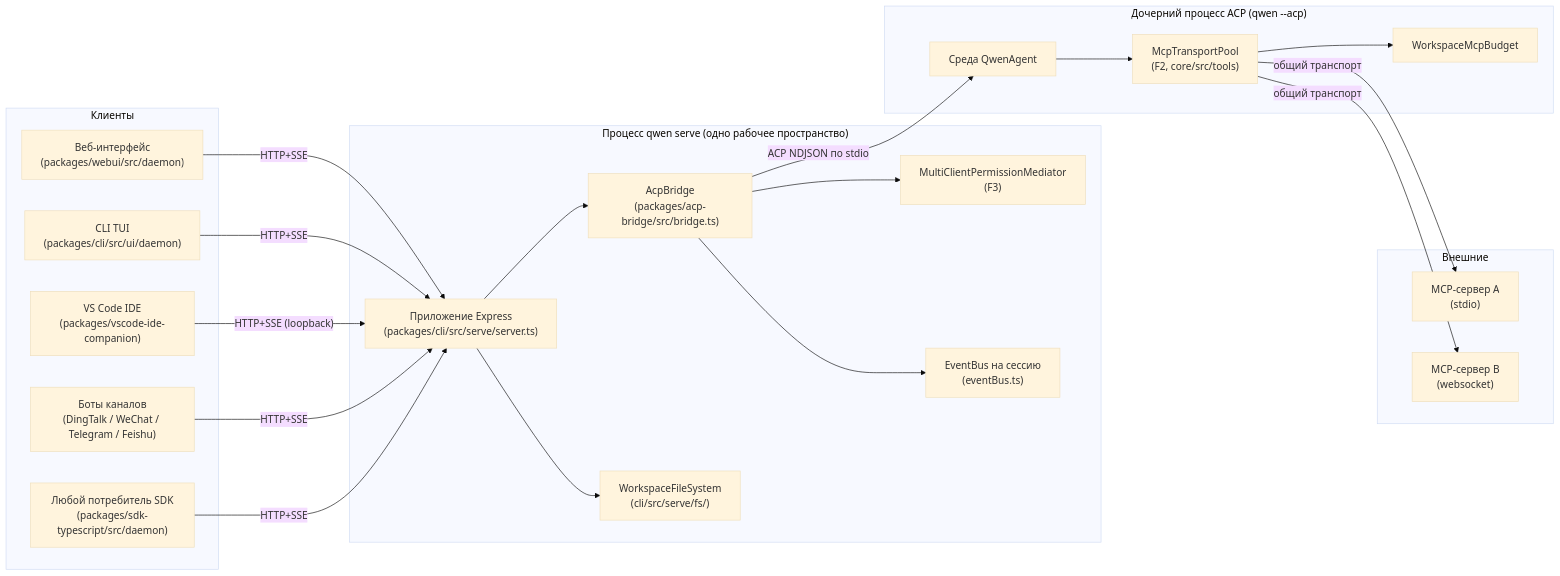
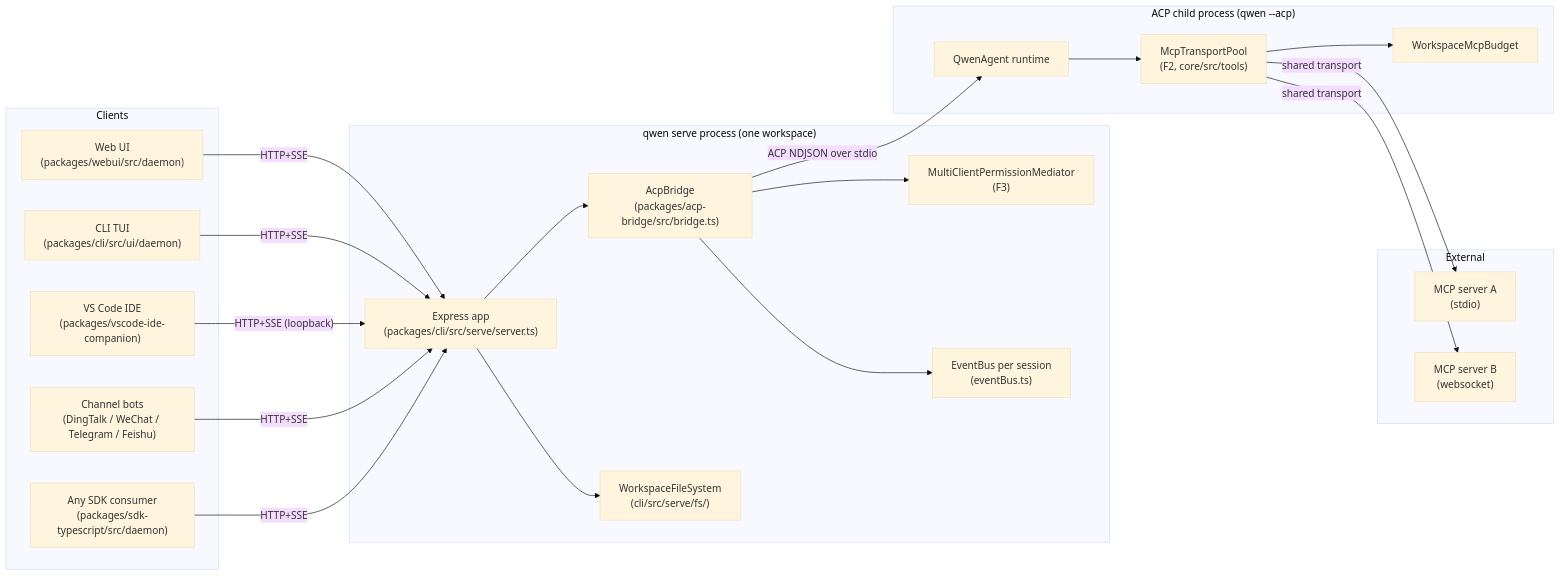
Before and after one commit to QwenLM/qwen-code-docs: the first of 7 diagrams in website/content/ru/developers/daemon/01-architecture.md, drawn with Mermaid (base theme). The commit also changed other lines of this file and 1077 other files, not shown here.

````diff
--- a/website/content/ru/developers/daemon/01-architecture.md
+++ b/website/content/ru/developers/daemon/01-architecture.md
@@ -13,46 +13,46 @@
 ```mermaid
 flowchart LR
-    subgraph clients["Клиенты"]
-        WUI["Веб-интерфейс<br/>(packages/webui/src/daemon)"]
+    subgraph clients["Clients"]
+        WUI["Web UI<br/>(packages/webui/src/daemon)"]
         TUI["CLI TUI<br/>(packages/cli/src/ui/daemon)"]
         IDE["VS Code IDE<br/>(packages/vscode-ide-companion)"]
-        CH["Боты каналов<br/>(DingTalk / WeChat / Telegram / Feishu)"]
-        SDK["Любой потребитель SDK<br/>(packages/sdk-typescript/src/daemon)"]
+        CH["Channel bots<br/>(DingTalk / WeChat / Telegram / Feishu)"]
+        SDK["Any SDK consumer<br/>(packages/sdk-typescript/src/daemon)"]
     end
 
-    subgraph daemon["Процесс qwen serve (одно рабочее пространство)"]
-        EXP["Приложение Express<br/>(packages/cli/src/serve/server.ts)"]
+    subgraph daemon["qwen serve process (one workspace)"]
+        EXP["Express app<br/>(packages/cli/src/serve/server.ts)"]
         BR["AcpBridge<br/>(packages/acp-bridge/src/bridge.ts)"]
         MED["MultiClientPermissionMediator<br/>(F3)"]
-        EB["EventBus на сессию<br/>(eventBus.ts)"]
+        EB["EventBus per session<br/>(eventBus.ts)"]
         FS["WorkspaceFileSystem<br/>(cli/src/serve/fs/)"]
     end
 
-    subgraph child["Дочерний процесс ACP (qwen --acp)"]
-        AGT["Среда QwenAgent"]
+    subgraph child["ACP child process (qwen --acp)"]
+        AGT["QwenAgent runtime"]
         POOL["McpTransportPool<br/>(F2, core/src/tools)"]
         BDG["WorkspaceMcpBudget"]
     end
 
-    subgraph external["Внешние"]
-        MCP1["MCP-сервер A<br/>(stdio)"]
-        MCP2["MCP-сервер B<br/>(websocket)"]
+    subgraph external["External"]
+        MCP1["MCP server A<br/>(stdio)"]
+        MCP2["MCP server B<br/>(websocket)"]
     end
 
     WUI -- "HTTP+SSE" --> EXP
     TUI -- "HTTP+SSE" --> EXP
     IDE -- "HTTP+SSE (loopback)" --> EXP
     CH -- "HTTP+SSE" --> EXP
     SDK -- "HTTP+SSE" --> EXP
 
     EXP --> BR
     BR --> MED
     BR --> EB
     EXP --> FS
 
-    BR -- "ACP NDJSON по stdio" --> AGT
+    BR -- "ACP NDJSON over stdio" --> AGT
     AGT --> POOL
     POOL --> BDG
-    POOL -- "общий транспорт" --> MCP1
-    POOL -- "общий транспорт" --> MCP2
+    POOL -- "shared transport" --> MCP1
+    POOL -- "shared transport" --> MCP2
 ```
````
